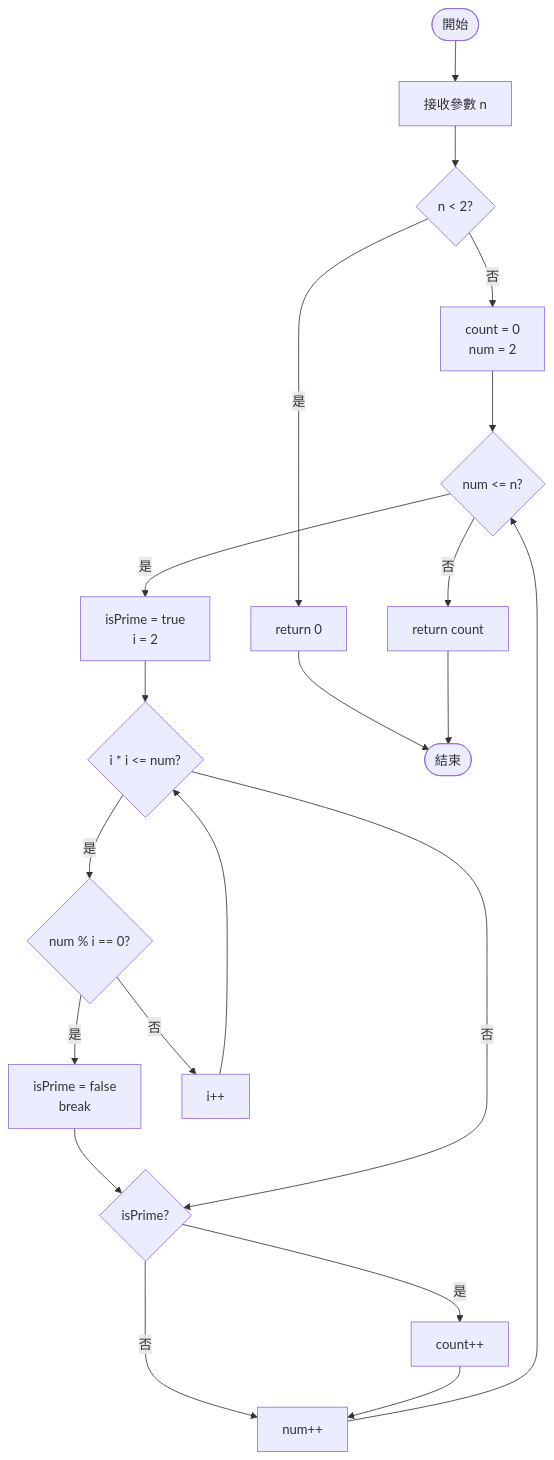
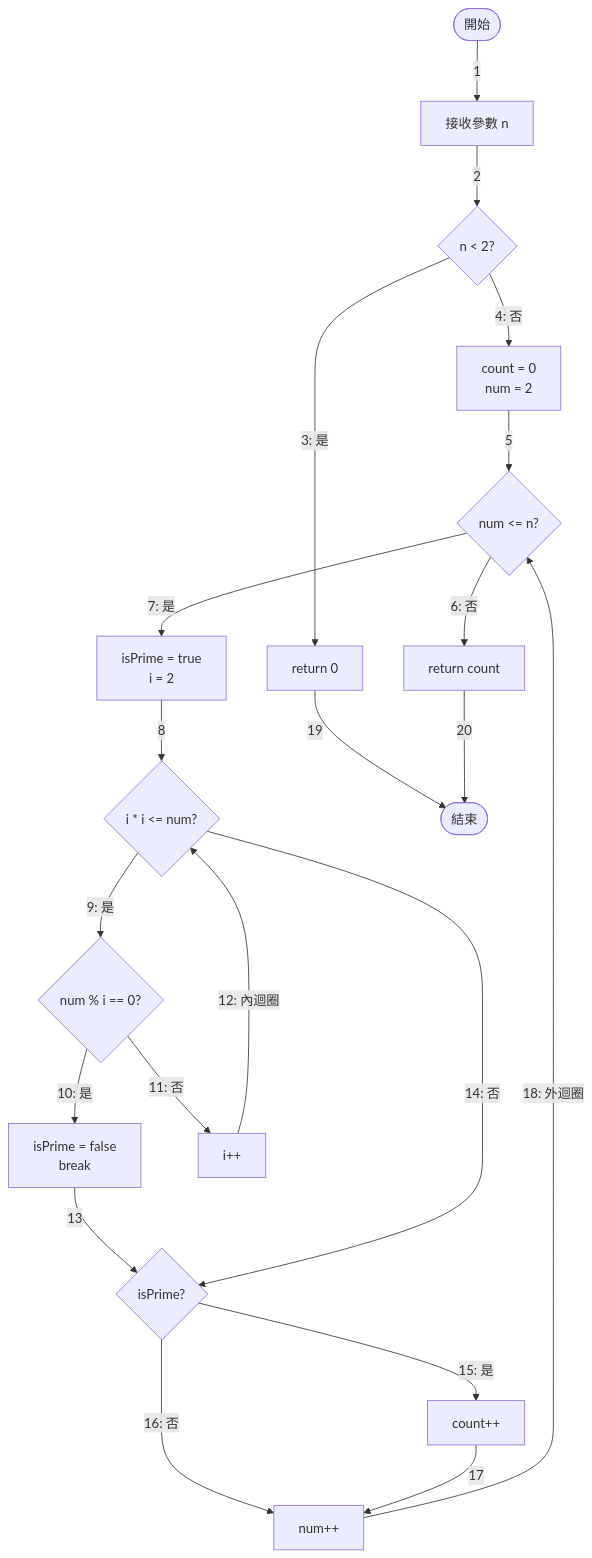
One commit to leecheenbao/ntou-sfm-homework changed the fifth of 7 diagrams in test_report_flow.md. Above: the diagram before and after it, drawn with Mermaid. The commit also changed other lines of this file, not shown here.

Commit message:
update: test flow

````diff
--- a/test_report_flow.md
+++ b/test_report_flow.md
@@ -81,23 +128,23 @@
 ```mermaid
 flowchart TD
-    Start([開始]) --> Input["接收參數 n"]
-    Input --> CheckN{"n < 2?"}
-    CheckN -->|是| Return0["return 0"]
-    CheckN -->|否| Init["count = 0<br/>num = 2"]
-    Init --> OuterLoop{"num <= n?"}
-    OuterLoop -->|否| ReturnCount["return count"]
-    OuterLoop -->|是| CheckPrime["isPrime = true<br/>i = 2"]
-    CheckPrime --> InnerLoop{"i * i <= num?"}
-    InnerLoop -->|是| CheckDiv{"num % i == 0?"}
-    CheckDiv -->|是| SetFalse["isPrime = false<br/>break"]
-    CheckDiv -->|否| IncI["i++"]
-    IncI --> InnerLoop
-    SetFalse --> CheckPrimeResult{"isPrime?"}
-    InnerLoop -->|否| CheckPrimeResult
-    CheckPrimeResult -->|是| IncCount["count++"]
-    CheckPrimeResult -->|否| IncNum["num++"]
-    IncCount --> IncNum
-    IncNum --> OuterLoop
-    Return0 --> End([結束])
-    ReturnCount --> End
+    Start([開始]) -->|1| Input["接收參數 n"]
+    Input -->|2| CheckN{"n < 2?"}
+    CheckN -->|3: 是| Return0["return 0"]
+    CheckN -->|4: 否| Init["count = 0<br/>num = 2"]
+    Init -->|5| OuterLoop{"num <= n?"}
+    OuterLoop -->|6: 否| ReturnCount["return count"]
+    OuterLoop -->|7: 是| CheckPrime["isPrime = true<br/>i = 2"]
+    CheckPrime -->|8| InnerLoop{"i * i <= num?"}
+    InnerLoop -->|9: 是| CheckDiv{"num % i == 0?"}
+    CheckDiv -->|10: 是| SetFalse["isPrime = false<br/>break"]
+    CheckDiv -->|11: 否| IncI["i++"]
+    IncI -->|12: 內迴圈| InnerLoop
+    SetFalse -->|13| CheckPrimeResult{"isPrime?"}
+    InnerLoop -->|14: 否| CheckPrimeResult
+    CheckPrimeResult -->|15: 是| IncCount["count++"]
+    CheckPrimeResult -->|16: 否| IncNum["num++"]
+    IncCount -->|17| IncNum
+    IncNum -->|18: 外迴圈| OuterLoop
+    Return0 -->|19| End([結束])
+    ReturnCount -->|20| End
 ```
````
